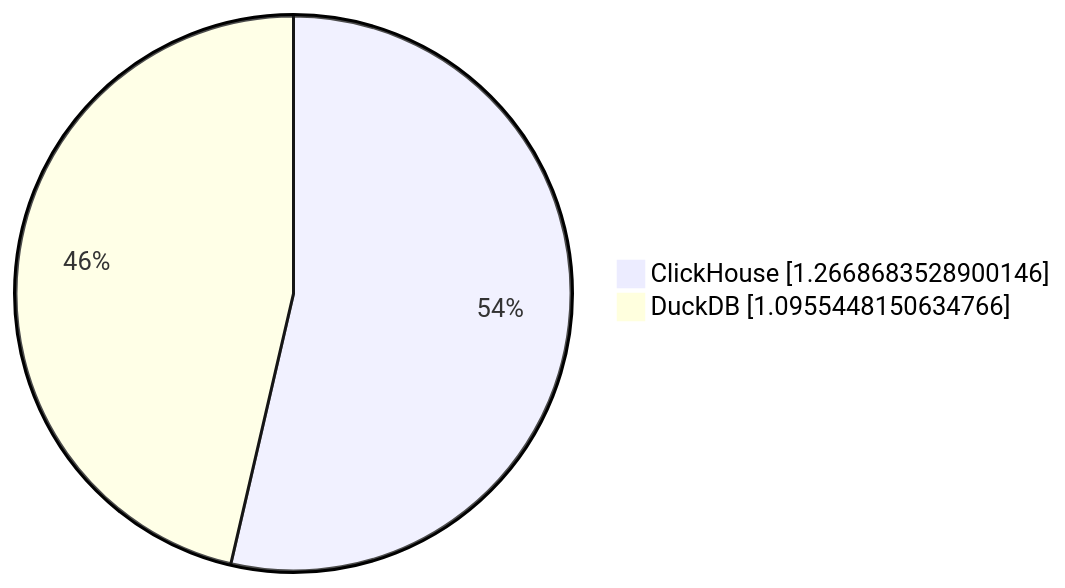
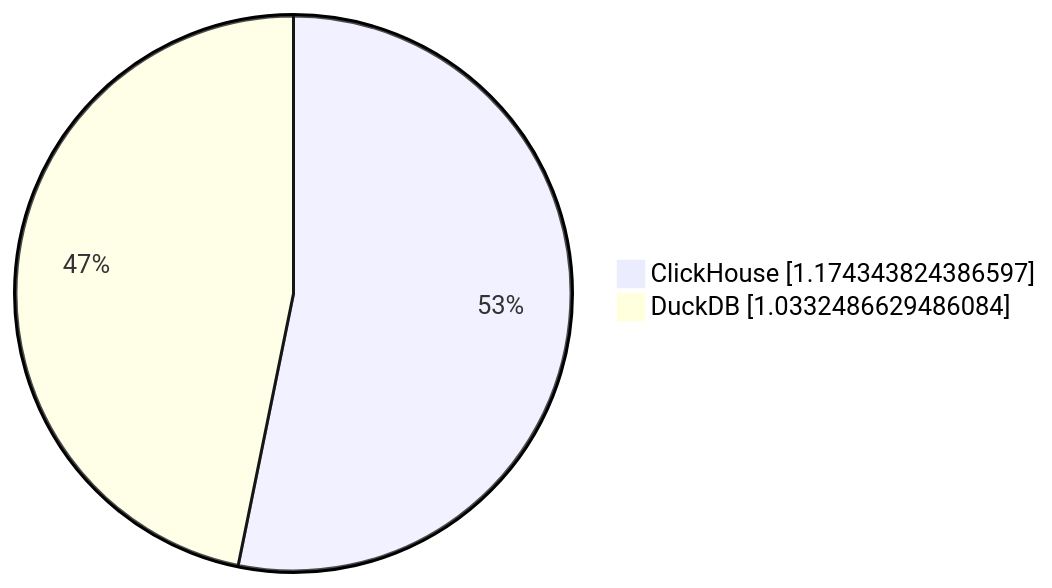
The sixth of 19 diagrams in parquet/performance/results/hits/23.11.1.2711-alpine/README.md (Altinity/clickhouse-regression), drawn with Mermaid before and after one commit. The commit also changed other lines of this file and 8 other files, not shown here.

````diff
--- a/parquet/performance/results/hits/23.11.1.2711-alpine/README.md
+++ b/parquet/performance/results/hits/23.11.1.2711-alpine/README.md
@@ -60,5 +60,5 @@
 ```mermaid
      pie showData
-         "ClickHouse" : 1.2668683528900146
-         "DuckDB" : 1.0955448150634766
+         "ClickHouse" : 1.174343824386597
+         "DuckDB" : 1.0332486629486084
 ```
````
